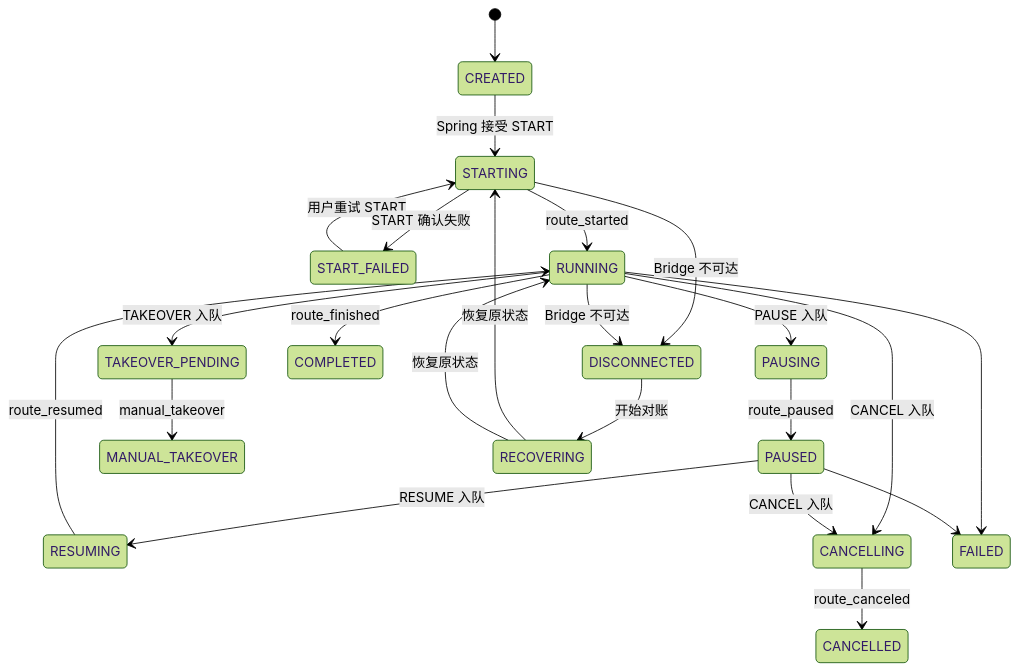
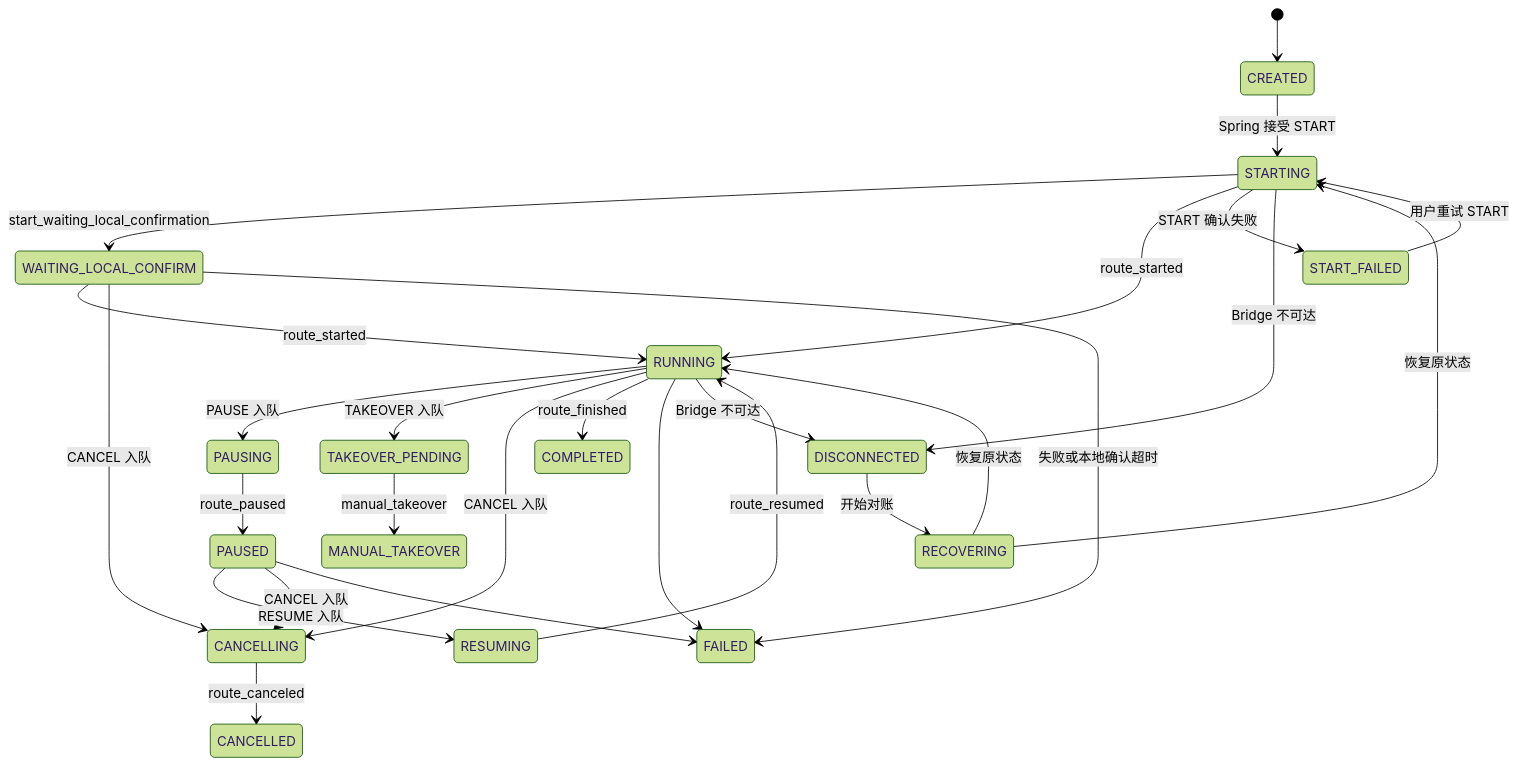
The third of 4 diagrams in docs/protocol/robot-platform-v1.md (waangzh/Intelligent-Power-Inspection), drawn with Mermaid (forest theme) before and after one commit. The commit also changed other lines of this file and 29 other files, not shown here.

````diff
--- a/docs/protocol/robot-platform-v1.md
+++ b/docs/protocol/robot-platform-v1.md
@@ -516,25 +517,29 @@
 ```mermaid
 stateDiagram-v2
     [*] --> CREATED
     CREATED --> STARTING: Spring 接受 START
     START_FAILED --> STARTING: 用户重试 START
+    STARTING --> WAITING_LOCAL_CONFIRM: start_waiting_local_confirmation
     STARTING --> RUNNING: route_started
+    WAITING_LOCAL_CONFIRM --> RUNNING: route_started
+    WAITING_LOCAL_CONFIRM --> CANCELLING: CANCEL 入队
+    WAITING_LOCAL_CONFIRM --> FAILED: 失败或本地确认超时
     RUNNING --> PAUSING: PAUSE 入队
     PAUSING --> PAUSED: route_paused
     PAUSED --> RESUMING: RESUME 入队
     RESUMING --> RUNNING: route_resumed
     RUNNING --> TAKEOVER_PENDING: TAKEOVER 入队
     TAKEOVER_PENDING --> MANUAL_TAKEOVER: manual_takeover
     RUNNING --> CANCELLING: CANCEL 入队
     PAUSED --> CANCELLING: CANCEL 入队
     CANCELLING --> CANCELLED: route_canceled
     STARTING --> START_FAILED: START 确认失败
     RUNNING --> COMPLETED: route_finished
     RUNNING --> FAILED
     PAUSED --> FAILED
     STARTING --> DISCONNECTED: Bridge 不可达
     RUNNING --> DISCONNECTED: Bridge 不可达
     DISCONNECTED --> RECOVERING: 开始对账
     RECOVERING --> STARTING: 恢复原状态
     RECOVERING --> RUNNING: 恢复原状态
 ```
````
